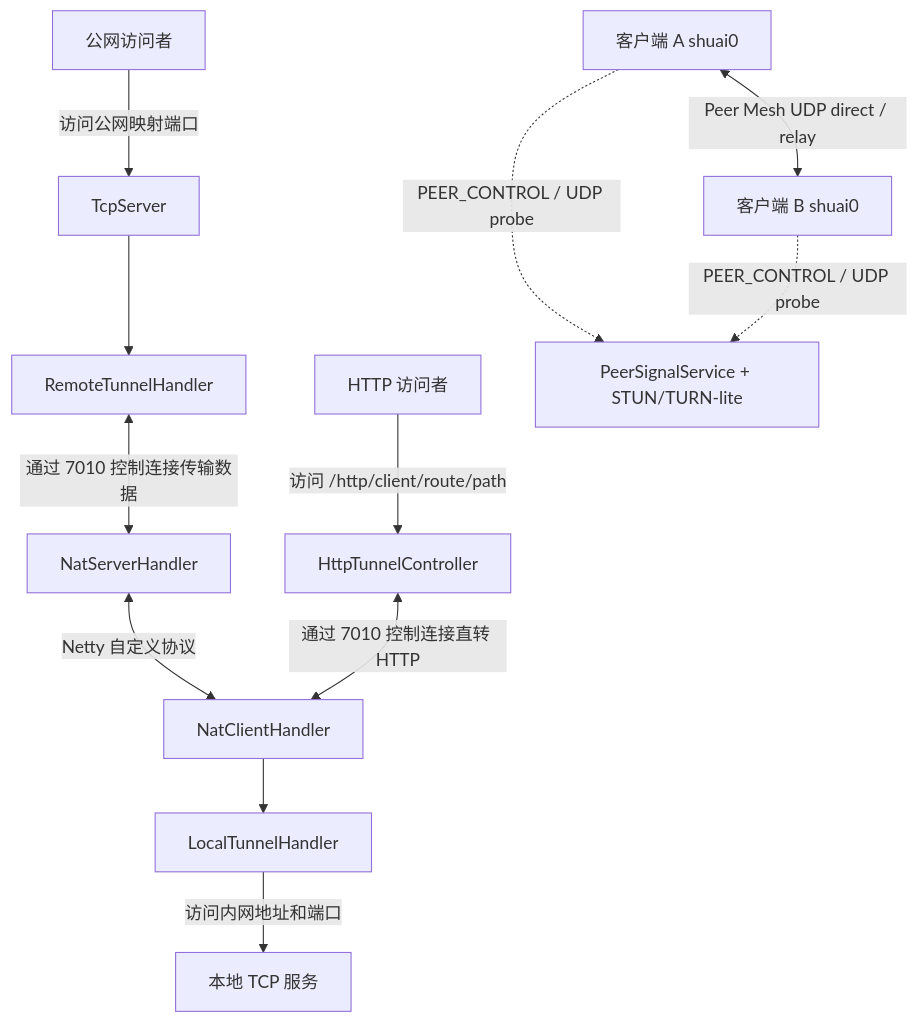
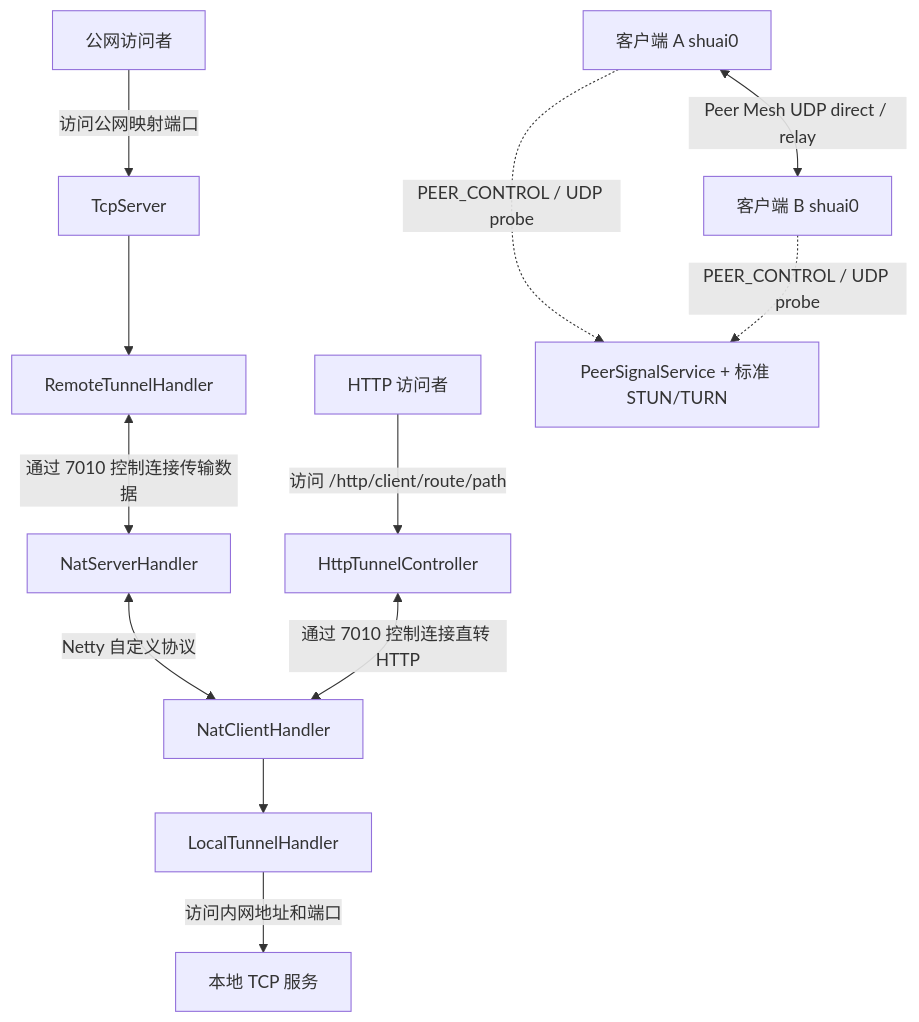
One commit to devShuai/specus changed the diagram in README.md. Above: the diagram before and after it, drawn with Mermaid. The commit also changed other lines of this file and 13 other files, not shown here.

Commit message:
feat(peer): standardize stun turn mesh

````diff
--- a/README.md
+++ b/README.md
@@ -9,15 +9,15 @@
 ```mermaid
 flowchart TD
     U[公网访问者] -->|访问公网映射端口| P[TcpServer]
     P --> R[RemoteTunnelHandler]
     R <-->|通过 7010 控制连接传输数据| N[NatServerHandler]
     N <-->|Netty 自定义协议| C[NatClientHandler]
     C --> L[LocalTunnelHandler]
     L -->|访问内网地址和端口| S[本地 TCP 服务]
     H[HTTP 访问者] -->|访问 /http/client/route/path| W[HttpTunnelController]
     W <-->|通过 7010 控制连接直转 HTTP| C
-    PM[PeerSignalService + STUN/TURN-lite]
+    PM[PeerSignalService + 标准 STUN/TURN]
     A[客户端 A shuai0] <-->|Peer Mesh UDP direct / relay| B[客户端 B shuai0]
     A -.->|PEER_CONTROL / UDP probe| PM
     B -.->|PEER_CONTROL / UDP probe| PM
 ```
````
